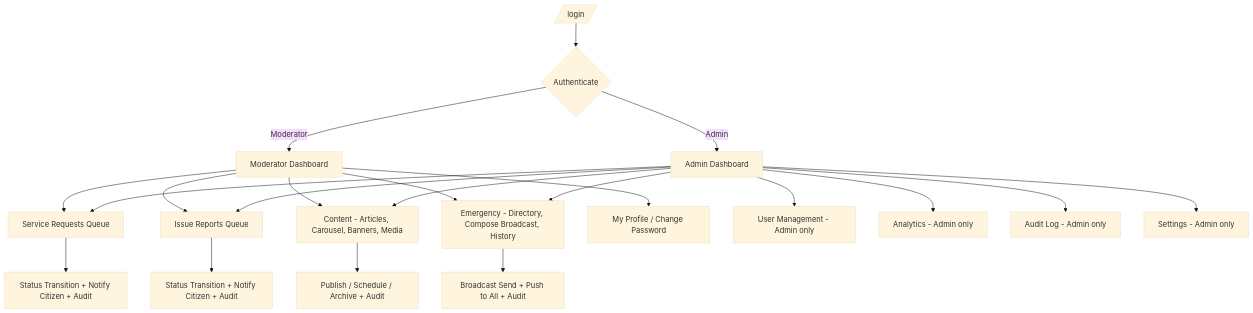
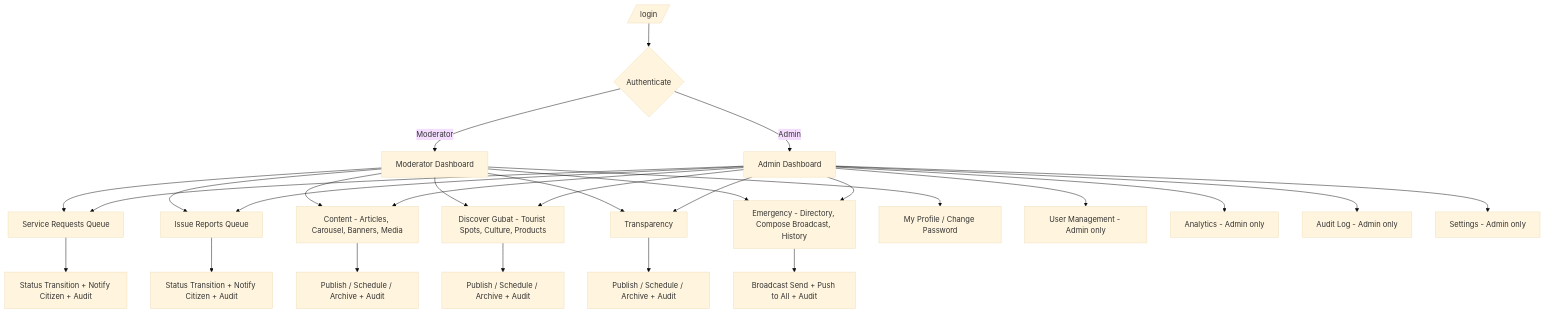
One commit to Roo0nnie/igubat changed the diagram in docs/igubat_admin_portal.md. Above: the diagram before and after it, drawn with Mermaid (base theme). The commit also changed other lines of this file and 64 other files, not shown here.

````diff
--- a/docs/igubat_admin_portal.md
+++ b/docs/igubat_admin_portal.md
@@ -308,23 +337,29 @@
 ```mermaid
 flowchart TD
     L[/login/] --> A{Authenticate}
     A -->|Moderator| D1[Moderator Dashboard]
     A -->|Admin| D2[Admin Dashboard]
     D1 --> SR[Service Requests Queue]
     D1 --> IR[Issue Reports Queue]
     D1 --> CT[Content - Articles, Carousel, Banners, Media]
+    D1 --> DG[Discover Gubat - Tourist Spots, Culture, Products]
+    D1 --> TR[Transparency]
     D1 --> EM[Emergency - Directory, Compose Broadcast, History]
     D1 --> SP[My Profile / Change Password]
     D2 --> SR
     D2 --> IR
     D2 --> CT
+    D2 --> DG
+    D2 --> TR
     D2 --> EM
     D2 --> UM[User Management - Admin only]
     D2 --> AN[Analytics - Admin only]
     D2 --> AL[Audit Log - Admin only]
     D2 --> ST[Settings - Admin only]
     SR --> X1[Status Transition + Notify Citizen + Audit]
     IR --> X2[Status Transition + Notify Citizen + Audit]
     CT --> X3[Publish / Schedule / Archive + Audit]
+    DG --> X5[Publish / Schedule / Archive + Audit]
+    TR --> X6[Publish / Schedule / Archive + Audit]
     EM --> X4[Broadcast Send + Push to All + Audit]
 ```
````
